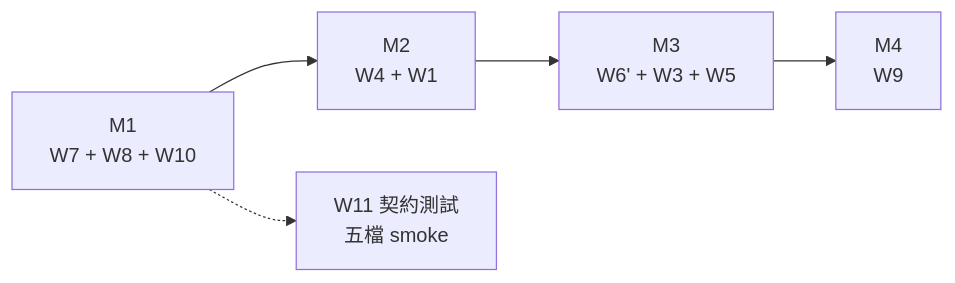
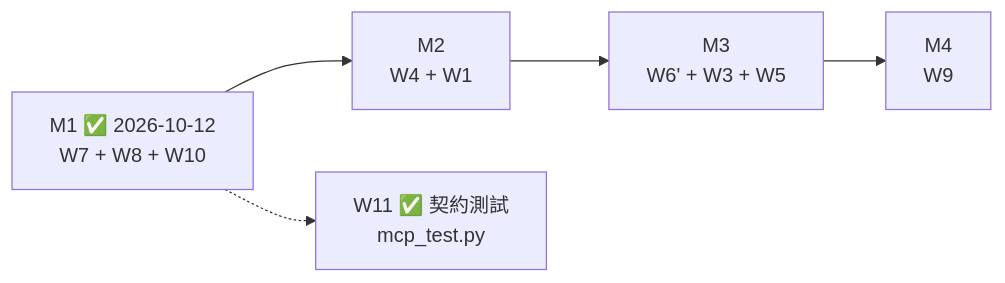
One commit to wctang/logv changed the second of 2 diagrams in TODO.md. Above: the diagram before and after it, drawn with Mermaid. The commit also changed other lines of this file and 2 other files, not shown here.

First line of the commit message:
make the MCP server report how it read each file, and clamp windows.

````diff
--- a/TODO.md
+++ b/TODO.md
@@ -185,7 +190,7 @@
 ```mermaid
 flowchart LR
-  M1["M1<br/>W7 + W8 + W10"] --> M2["M2<br/>W4 + W1"]
+  M1["M1 ✅ 2026-10-12<br/>W7 + W8 + W10"] --> M2["M2<br/>W4 + W1"]
   M2 --> M3["M3<br/>W6' + W3 + W5"]
   M3 --> M4["M4<br/>W9"]
-  M1 -.-> W11["W11 契約測試<br/>五檔 smoke"]
+  M1 -.-> W11["W11 ✅ 契約測試<br/>mcp_test.py"]
 ```
````
